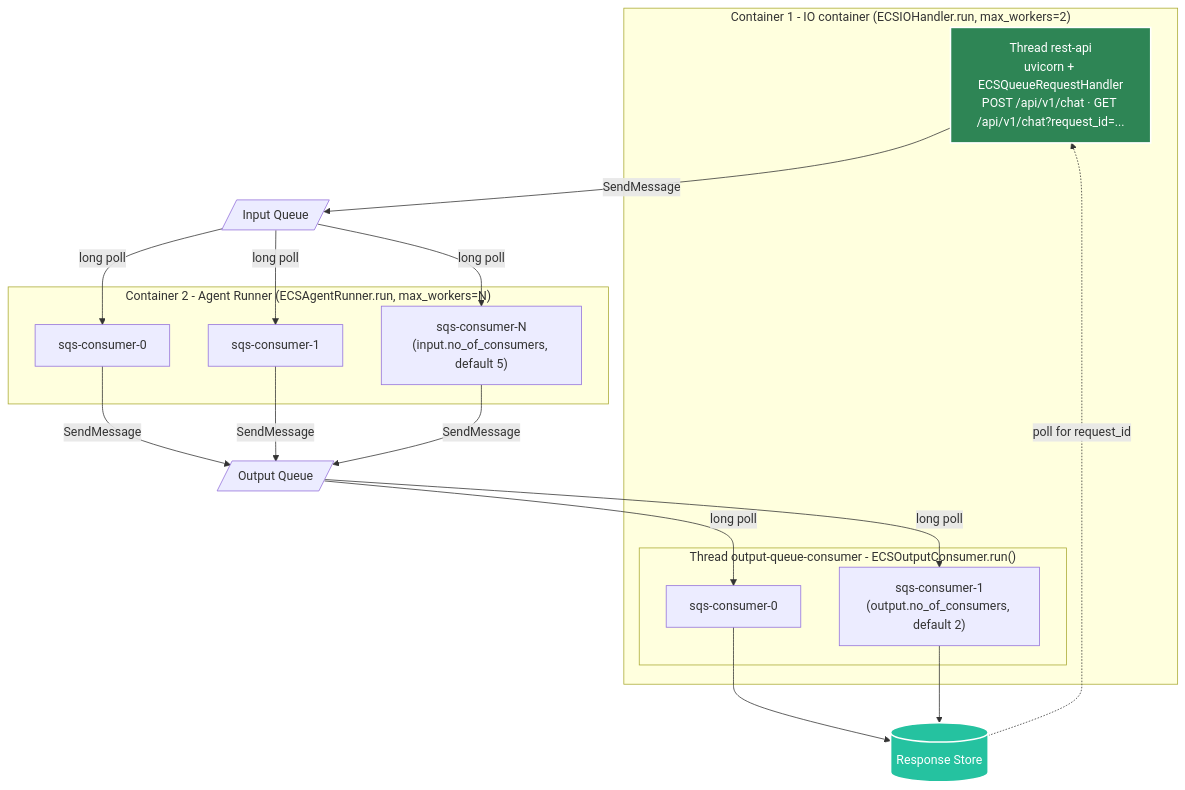
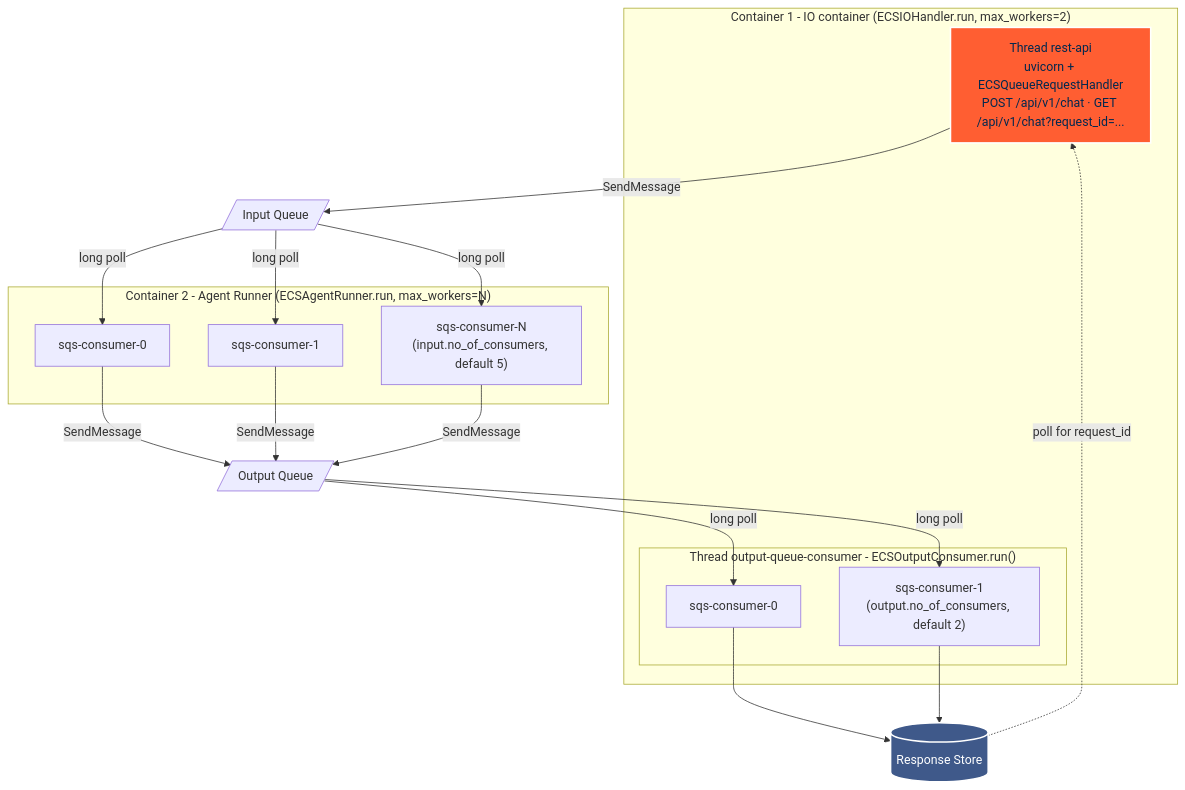
One commit to yaalalabs/agent-kernel changed the third of 5 diagrams in docs/docs/deployment/aws-containerized.md. Above: the diagram before and after it, drawn with Mermaid. The commit also changed other lines of this file and 444 other files, not shown here.

````diff
--- a/docs/docs/deployment/aws-containerized.md
+++ b/docs/docs/deployment/aws-containerized.md
@@ -127,32 +127,32 @@
 ```mermaid
 graph TB
     subgraph IO["Container 1 - IO container (ECSIOHandler.run, max_workers=2)"]
         T1["Thread rest-api<br/>uvicorn + ECSQueueRequestHandler<br/>POST /api/v1/chat · GET /api/v1/chat?request_id=..."]
         subgraph OC["Thread output-queue-consumer - ECSOutputConsumer.run()"]
             OC1[sqs-consumer-0]
             OC2["sqs-consumer-1<br/>(output.no_of_consumers, default 2)"]
         end
     end
 
     subgraph AR["Container 2 - Agent Runner (ECSAgentRunner.run, max_workers=N)"]
         AR1[sqs-consumer-0]
         AR2[sqs-consumer-1]
         AR3["sqs-consumer-N<br/>(input.no_of_consumers, default 5)"]
     end
 
     T1 -->|SendMessage| IQ[/Input Queue/]
     IQ -->|long poll| AR1
     IQ -->|long poll| AR2
     IQ -->|long poll| AR3
     AR1 -->|SendMessage| OQ[/Output Queue/]
     AR2 -->|SendMessage| OQ
     AR3 -->|SendMessage| OQ
     OQ -->|long poll| OC1
     OQ -->|long poll| OC2
     OC1 --> RS[(Response Store)]
     OC2 --> RS
     RS -.->|poll for request_id| T1
 
-    style T1 fill:#2e8555,stroke:#fff,stroke-width:2px,color:#fff
-    style RS fill:#25c2a0,stroke:#fff,stroke-width:2px,color:#fff
+    style T1 fill:#FF5E32,stroke:#fff,stroke-width:2px,color:#02284F
+    style RS fill:#3F598A,stroke:#fff,stroke-width:2px,color:#fff
 ```
````
